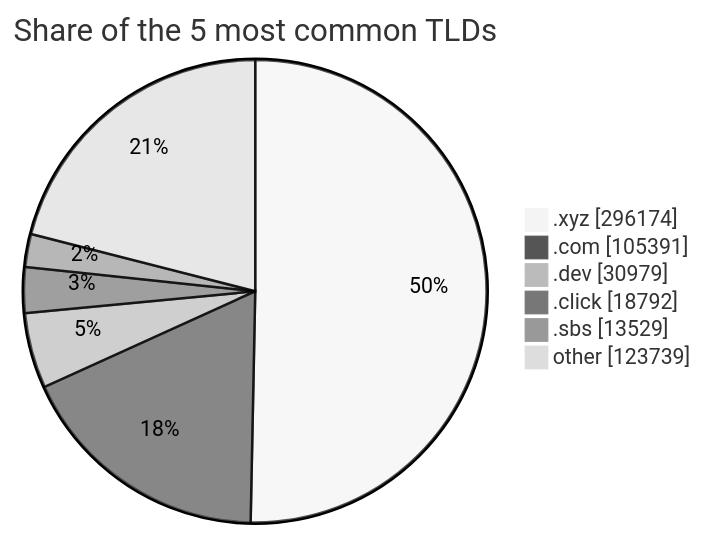
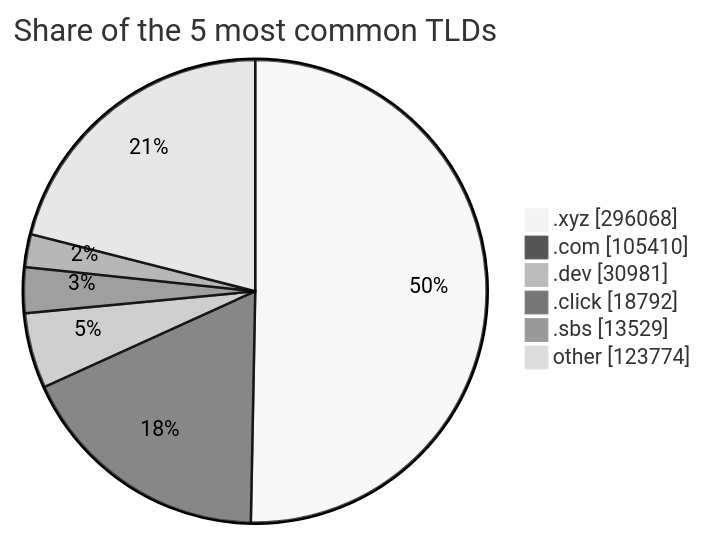
Before and after one commit to DNSBunker/CTI: the third of 3 diagrams in README.md, drawn with Mermaid (neutral theme). The commit also changed other lines of this file and 3 other files, not shown here.

````diff
--- a/README.md
+++ b/README.md
@@ -81,9 +81,9 @@
 ```mermaid
 pie showData title Share of the 5 most common TLDs
-    ".xyz" : 296174
-    ".com" : 105391
-    ".dev" : 30979
+    ".xyz" : 296068
+    ".com" : 105410
+    ".dev" : 30981
     ".click" : 18792
     ".sbs" : 13529
-    "other" : 123739
+    "other" : 123774
 ```
````
